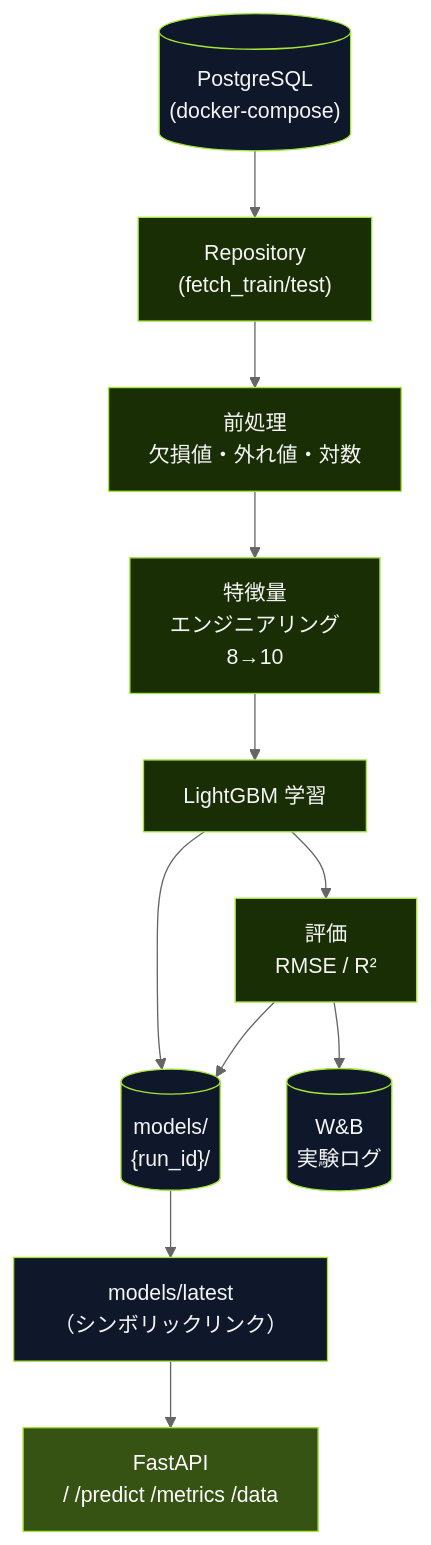
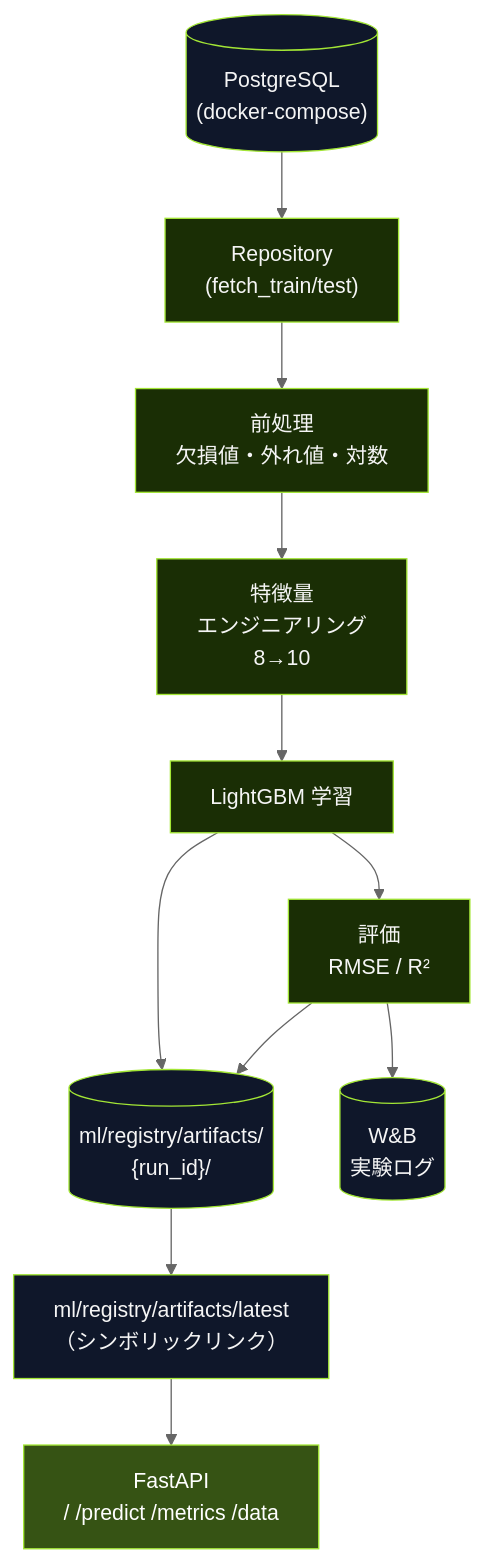
The second of 6 diagrams in 1/study-ml-foundations/docs/教育資料/05_図解.md (kurosawa-kuro/study-gcp-mlops), drawn with Mermaid (neutral theme) before and after one commit. The commit also changed other lines of this file and 35 other files, not shown here.

````diff
--- a/1/study-ml-foundations/docs/教育資料/05_図解.md
+++ b/1/study-ml-foundations/docs/教育資料/05_図解.md
@@ -37,27 +37,27 @@
 ```mermaid
 flowchart TB
     Data[("PostgreSQL<br/>(docker-compose)")]
     Repo["Repository<br/>(fetch_train/test)"]
     Pre["前処理<br/>欠損値・外れ値・対数"]
     FE["特徴量<br/>エンジニアリング<br/>8→10"]
     Train["LightGBM 学習"]
     Eval["評価<br/>RMSE / R²"]
-    Models[("models/<br/>{run_id}/")]
-    Latest["models/latest<br/>（シンボリックリンク）"]
+    Models[("ml/registry/artifacts/<br/>{run_id}/")]
+    Latest["ml/registry/artifacts/latest<br/>（シンボリックリンク）"]
     API["FastAPI<br/>/ /predict /metrics /data"]
     WB[("W&B<br/>実験ログ")]
 
     Data --> Repo --> Pre --> FE --> Train --> Eval
     Train --> Models
     Models --> Latest
     Latest --> API
     Eval --> WB
     Eval --> Models
 
     classDef storage fill:#0f172a,stroke:#a3e635,color:#f5f5f5
     classDef process fill:#1a2e05,stroke:#a3e635,color:#f5f5f5
     classDef serve fill:#365314,stroke:#a3e635,color:#ffffff
     class Data,Models,Latest,WB storage
     class Repo,Pre,FE,Train,Eval process
     class API serve
 ```
````
